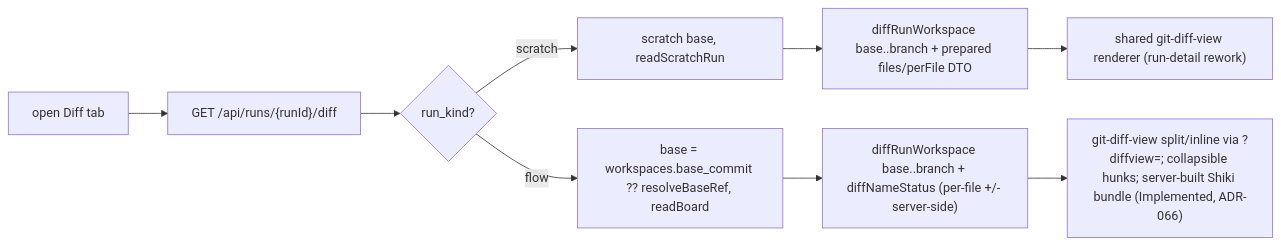
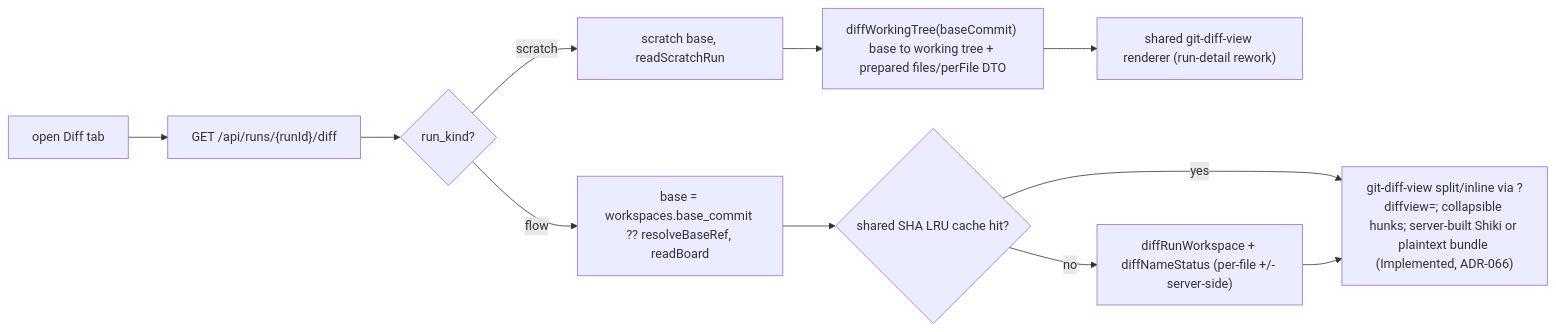
Before and after one commit to maister-dev/maister: the fifth of 6 diagrams in docs/system-analytics/workbench.md, drawn with Mermaid. The commit also changed other lines of this file and 47 other files, not shown here.

Commit message:
fix(perf): resolve review findings across SSE authz, diff cache, UI refresh, and SDD contracts

````diff
--- a/docs/system-analytics/workbench.md
+++ b/docs/system-analytics/workbench.md
@@ -187,11 +189,13 @@
 ```mermaid
 flowchart LR
     OpenD["open Diff tab"] --> Diff["GET /api/runs/{runId}/diff"]
     Diff --> Kind{"run_kind?"}
     Kind -- scratch --> SB["scratch base, readScratchRun"]
     Kind -- flow --> FB["base = workspaces.base_commit ?? resolveBaseRef, readBoard"]
-    SB --> SRange["diffRunWorkspace base..branch + prepared files/perFile DTO"]
-    FB --> FRange["diffRunWorkspace base..branch + diffNameStatus (per-file +/- server-side)"]
+    SB --> SRange["diffWorkingTree(baseCommit) base to working tree + prepared files/perFile DTO"]
+    FB --> FCache{"shared SHA LRU cache hit?"}
+    FCache -- yes --> DV["git-diff-view split/inline via ?diffview=; collapsible hunks; server-built Shiki or plaintext bundle (Implemented, ADR-066)"]
+    FCache -- no --> FRange["diffRunWorkspace + diffNameStatus (per-file +/- server-side)"]
+    FRange --> DV
     SRange --> SDV["shared git-diff-view renderer (run-detail rework)"]
-    FRange --> DV["git-diff-view split/inline via ?diffview=; collapsible hunks; server-built Shiki bundle (Implemented, ADR-066)"]
 ```
````
